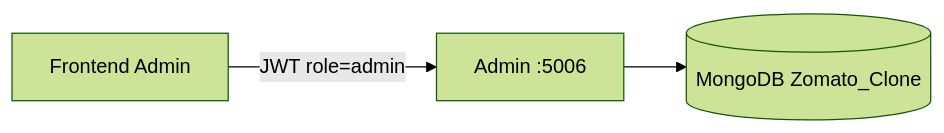
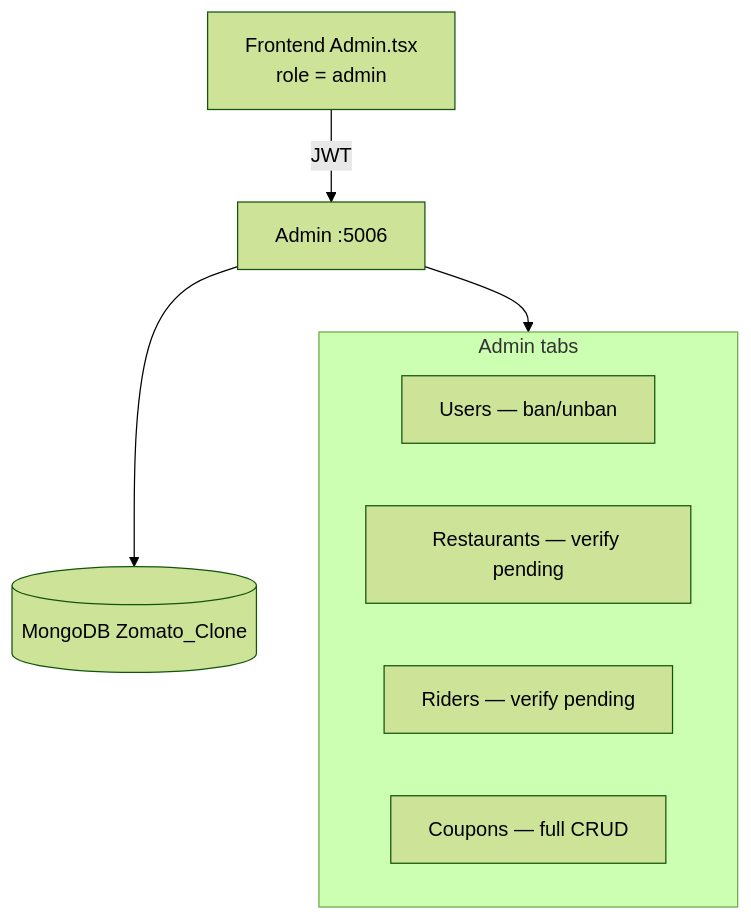
Diagram 16 of 18 in ARCHITECTURE.md (subhm2004/ByteBites), drawn with Mermaid (forest theme) before and after one commit. The commit also changed other lines of this file and 1 other file, not shown here.

````diff
--- a/ARCHITECTURE.md
+++ b/ARCHITECTURE.md
@@ -306,5 +561,14 @@
 ```mermaid
-flowchart LR
-    FE["Frontend Admin"] -->|"JWT role=admin"| ADM["Admin :5006"]
+flowchart TB
+    FE["Frontend Admin.tsx<br/>role = admin"] -->|"JWT"| ADM["Admin :5006"]
     ADM --> DB[("MongoDB Zomato_Clone")]
+
+    subgraph Tabs["Admin tabs"]
+        U["Users — ban/unban"]
+        REST_T["Restaurants — verify pending"]
+        RID_T["Riders — verify pending"]
+        COUP["Coupons — full CRUD"]
+    end
+
+    ADM --> Tabs
 ```
````
